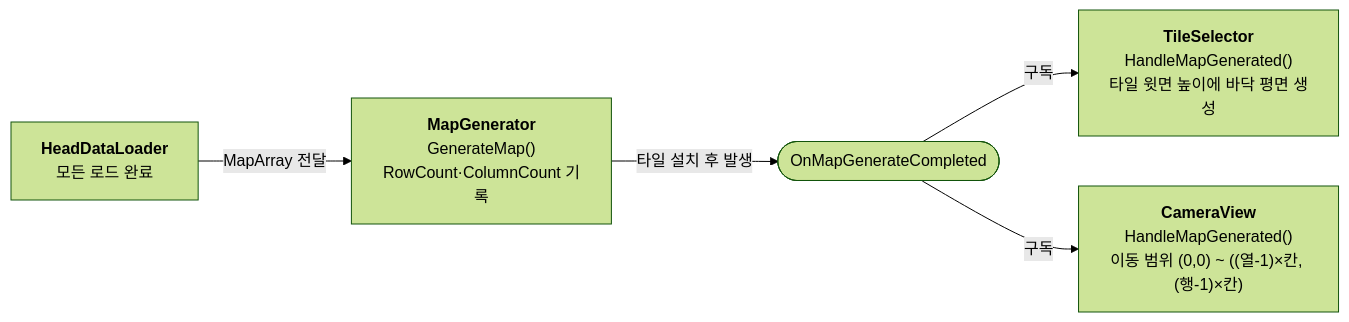
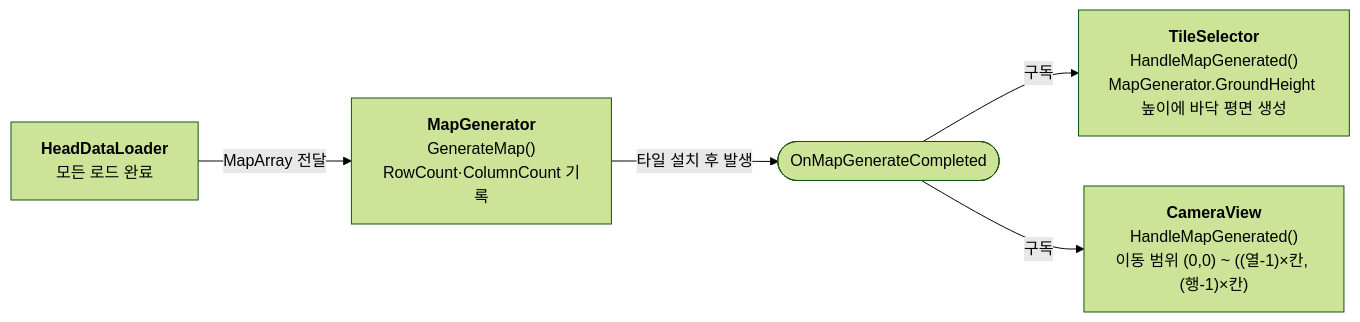
The seventh of 19 diagrams in Docs/ImplementDocs/Diagram.md (jayy5288sk/PersonalProject), drawn with Mermaid (forest theme) before and after one commit. The commit also changed other lines of this file and 1 other file, not shown here.

Commit message:
[Docs] 기술문서 작성 및 다이어그램 갱신

````diff
--- a/Docs/ImplementDocs/Diagram.md
+++ b/Docs/ImplementDocs/Diagram.md
@@ -143,13 +147,13 @@
 ```mermaid
 flowchart LR
     Head["<b>HeadDataLoader</b><br/>모든 로드 완료"]
     Gen["<b>MapGenerator</b><br/>GenerateMap()<br/>RowCount·ColumnCount 기록"]
     Evt(["OnMapGenerateCompleted"])
-    Sel["<b>TileSelector</b><br/>HandleMapGenerated()<br/>타일 윗면 높이에 바닥 평면 생성"]
+    Sel["<b>TileSelector</b><br/>HandleMapGenerated()<br/>MapGenerator.GroundHeight 높이에 바닥 평면 생성"]
     Cam["<b>CameraView</b><br/>HandleMapGenerated()<br/>이동 범위 (0,0) ~ ((열-1)×칸, (행-1)×칸)"]
 
     Head -->|MapArray 전달| Gen
     Gen -->|타일 설치 후 발생| Evt
     Evt -->|구독| Sel
     Evt -->|구독| Cam
 ```
````
